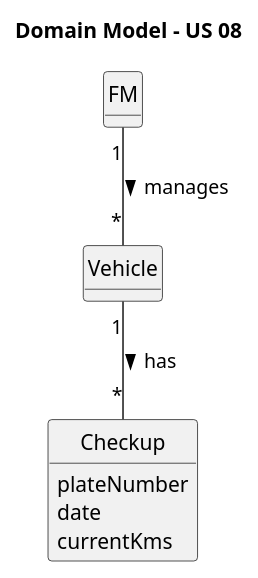
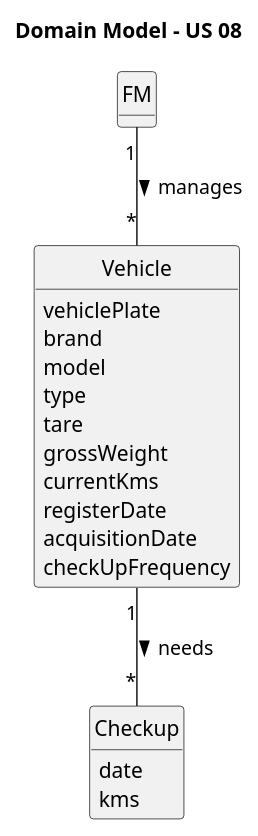
Before and after one commit to Departamento-de-Engenharia-Informatica/lei-24-s2-1dm-g132: the diagram in docs/sprintA/us008/02.analysis/puml/us008-domain-model.puml, drawn with PlantUML. The commit also changed 2 other files, not shown here.

```diff
--- a/docs/sprintA/us008/02.analysis/puml/us008-domain-model.puml
+++ b/docs/sprintA/us008/02.analysis/puml/us008-domain-model.puml
@@ -1,34 +1,41 @@
 @startuml
 skinparam monochrome true
 skinparam packageStyle rectangle
 skinparam shadowing false
 
 'left to right direction
 
 skinparam classAttributeIconSize 0
 
 hide circle
 hide methods
 
 title Domain Model - US 08
 
 
 class Vehicle {
-
+    vehiclePlate
+    brand
+    model
+    type
+    tare
+    grossWeight
+    currentKms
+    registerDate
+    acquisitionDate
+    checkUpFrequency
 }
 
 class FM {
-
 }
 
 class Checkup {
-    plateNumber
     date
-    currentKms
+    kms
 }
 
 FM "1" -- "*" Vehicle : manages >
-Vehicle "1" -- "*" Checkup : has >
+Vehicle "1" -- "*" Checkup : needs >
 
 
 @enduml
```
